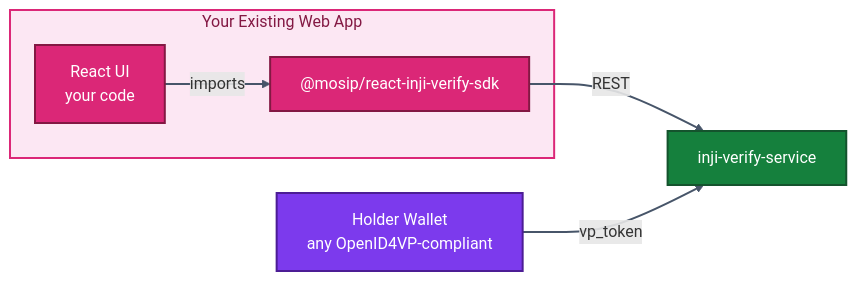
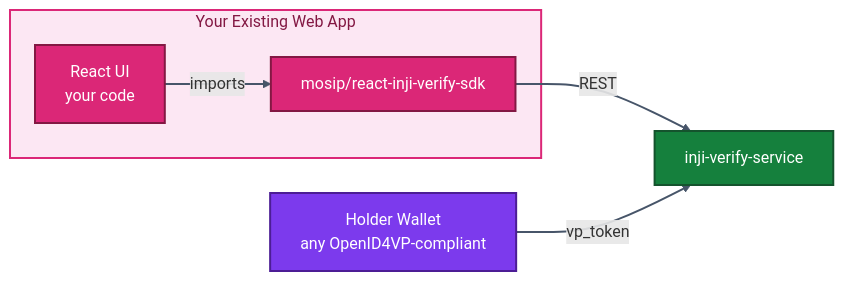
The third of 6 diagrams in developer docs/08-Modularity-Aspects.md (viitoradmin/inji-digital-health-id), drawn with Mermaid before and after one commit. The commit also changed other lines of this file and 3 other files, not shown here.

Commit message:
fix(docs): remove @ from mermaid diagrams for GitHub rendering

````diff
--- a/developer docs/08-Modularity-Aspects.md
+++ b/developer docs/08-Modularity-Aspects.md
@@ -115,21 +115,21 @@
 ```mermaid
 flowchart LR
     subgraph Yours[Your Existing Web App]
         UI[React UI<br/>your code]
-        UI -- imports --> SDK["@mosip/react-inji-verify-sdk"]
+        UI -- imports --> SDK["mosip/react-inji-verify-sdk"]
     end
     SDK -- "REST" --> IV[inji-verify-service]
     Wallet[Holder Wallet<br/>any OpenID4VP-compliant] -- vp_token --> IV
 
     classDef rpClass fill:#DB2777,stroke:#831843,stroke-width:2px,color:#FFFFFF
     classDef verifierClass fill:#15803D,stroke:#14532D,stroke-width:2px,color:#FFFFFF
     classDef walletClass fill:#7C3AED,stroke:#4C1D95,stroke-width:2px,color:#FFFFFF
 
     class UI,SDK rpClass
     class IV verifierClass
     class Wallet walletClass
 
     style Yours fill:#FCE7F3,stroke:#DB2777,stroke-width:2px,color:#831843
 
     linkStyle default stroke:#475569,stroke-width:2px
 ```
````
